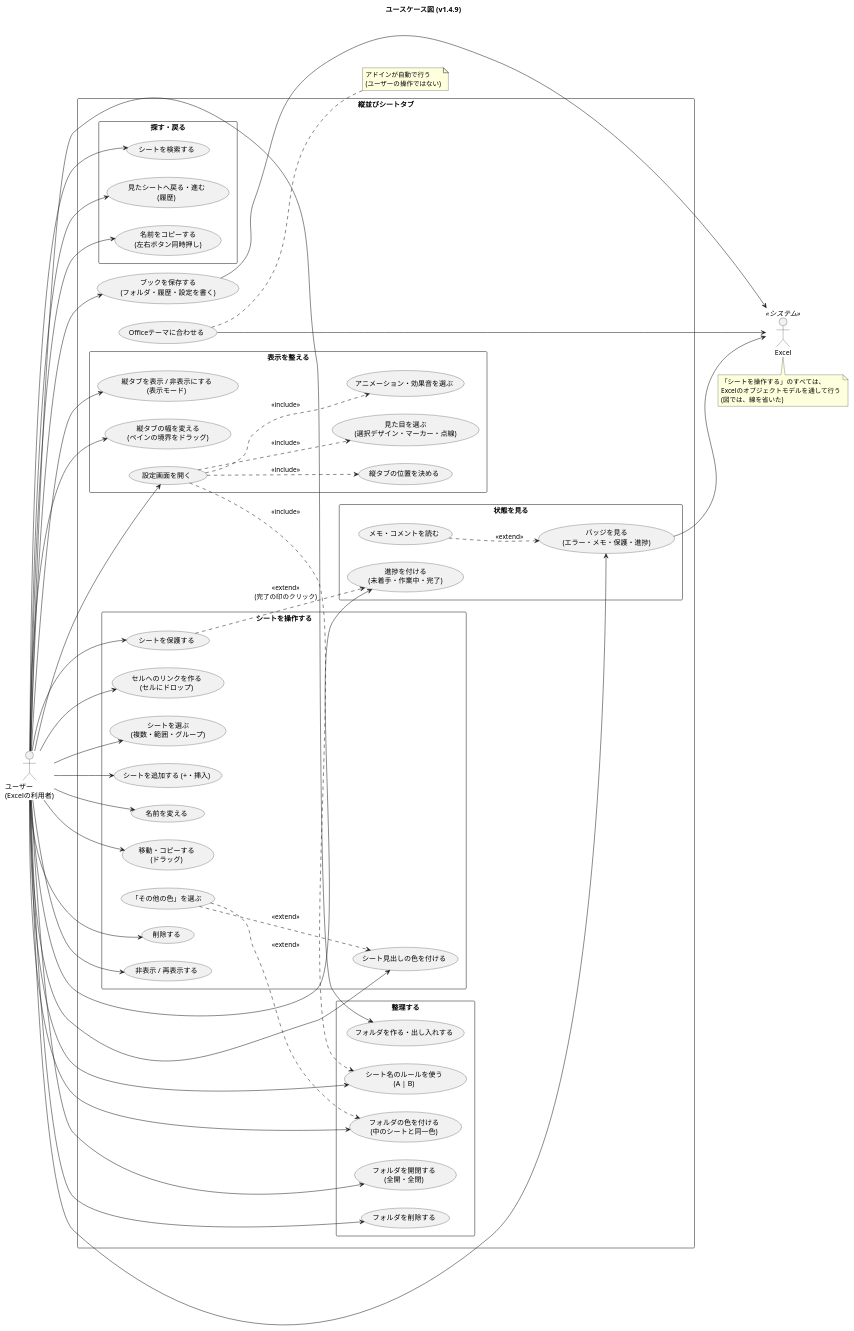
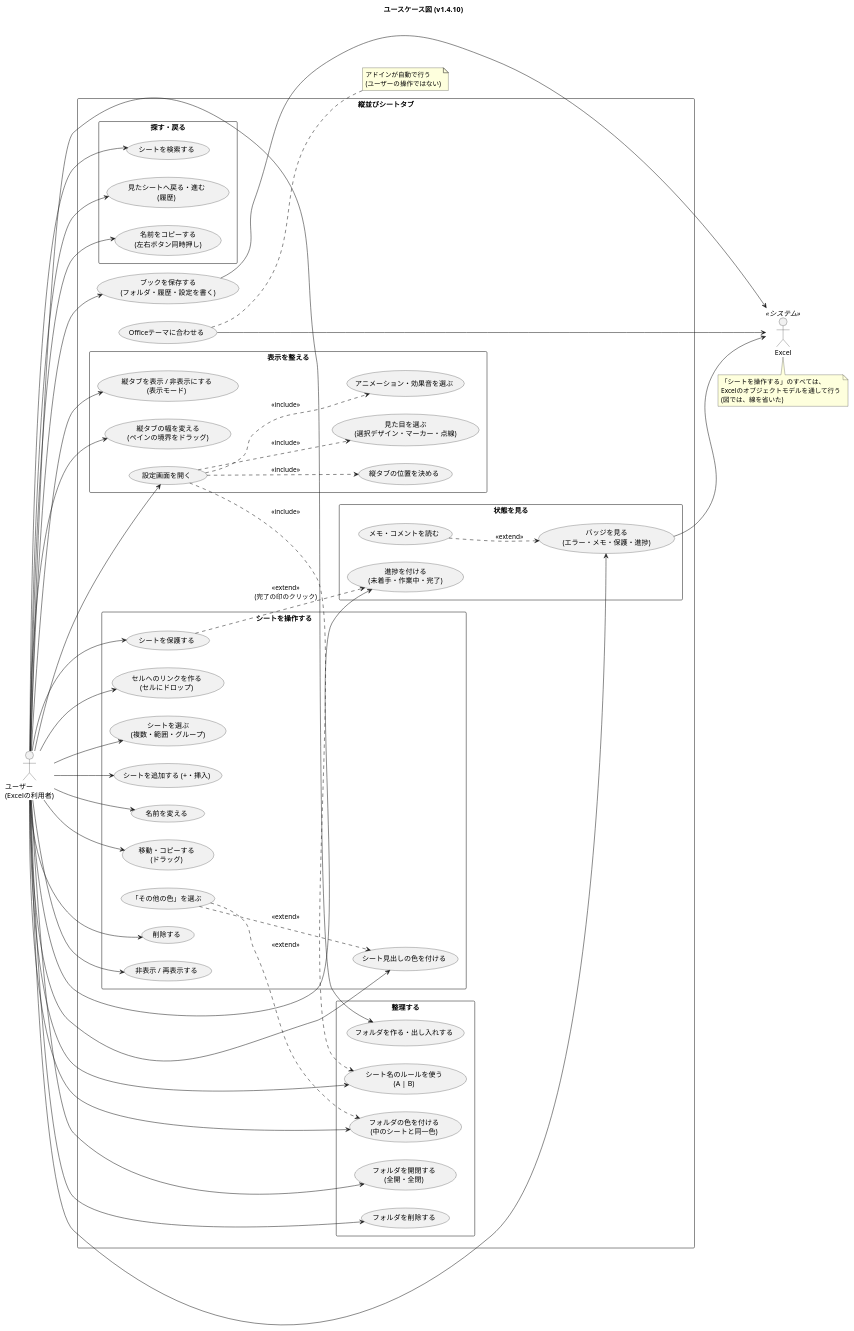
One commit to nk-taka623/VerticalSheetTabs changed the diagram in docs/usecase.puml. Above: the diagram before and after it, drawn with PlantUML. The commit also changed 14 other files, not shown here.

Commit message:
v1.4.10 にする (バージョン、README の変更点、Agents.md、図)

```diff
--- a/docs/usecase.puml
+++ b/docs/usecase.puml
@@ -1,105 +1,105 @@
 @startuml
-title ユースケース図 (v1.4.9)
+title ユースケース図 (v1.4.10)
 left to right direction
 skinparam shadowing false
 skinparam packageStyle rectangle
 
 actor "ユーザー\n(Excelの利用者)" as U
 actor "Excel" as XL <<システム>>
 
 rectangle "縦並びシートタブ" {
 
   package "シートを操作する" {
     usecase "シートを選ぶ\n(複数・範囲・グループ)" as UC_SEL
     usecase "シートを追加する (+・挿入)" as UC_ADD
     usecase "名前を変える" as UC_REN
     usecase "移動・コピーする\n(ドラッグ)" as UC_MOVE
     usecase "削除する" as UC_DEL
     usecase "非表示 / 再表示する" as UC_HIDE
     usecase "シート見出しの色を付ける" as UC_COLOR
     usecase "「その他の色」を選ぶ" as UC_MORE
     usecase "シートを保護する" as UC_PROT
     usecase "セルへのリンクを作る\n(セルにドロップ)" as UC_LINK
   }
 
   package "整理する" {
     usecase "フォルダを作る・出し入れする" as UC_FOLDER
     usecase "フォルダを開閉する\n(全開・全閉)" as UC_TOGGLE
     usecase "フォルダの色を付ける\n(中のシートと同一色)" as UC_FCOLOR
     usecase "フォルダを削除する" as UC_FDEL
     usecase "シート名のルールを使う\n(A | B)" as UC_RULE
   }
 
   package "探す・戻る" {
     usecase "シートを検索する" as UC_SEARCH
     usecase "見たシートへ戻る・進む\n(履歴)" as UC_HIST
     usecase "名前をコピーする\n(左右ボタン同時押し)" as UC_COPY
   }
 
   package "状態を見る" {
     usecase "バッジを見る\n(エラー・メモ・保護・進捗)" as UC_BADGE
     usecase "メモ・コメントを読む" as UC_MEMO
     usecase "進捗を付ける\n(未着手・作業中・完了)" as UC_PROG
   }
 
   package "表示を整える" {
     usecase "縦タブを表示 / 非表示にする\n(表示モード)" as UC_MODE
     usecase "縦タブの位置を決める" as UC_SIDE
     usecase "縦タブの幅を変える\n(ペインの境界をドラッグ)" as UC_WIDTH
     usecase "設定画面を開く" as UC_SET
     usecase "見た目を選ぶ\n(選択デザイン・マーカー・点線)" as UC_LOOK
     usecase "アニメーション・効果音を選ぶ" as UC_ANIM
   }
 
   usecase "ブックを保存する\n(フォルダ・履歴・設定を書く)" as UC_SAVE
   usecase "Officeテーマに合わせる" as UC_THEME
 }
 
 U --> UC_SEL
 U --> UC_ADD
 U --> UC_REN
 U --> UC_MOVE
 U --> UC_DEL
 U --> UC_HIDE
 U --> UC_COLOR
 U --> UC_PROT
 U --> UC_LINK
 U --> UC_FOLDER
 U --> UC_TOGGLE
 U --> UC_FCOLOR
 U --> UC_FDEL
 U --> UC_RULE
 U --> UC_SEARCH
 U --> UC_HIST
 U --> UC_COPY
 U --> UC_BADGE
 U --> UC_PROG
 U --> UC_MODE
 U --> UC_WIDTH
 U --> UC_SET
 U --> UC_SAVE
 
 UC_MORE ..> UC_COLOR : <<extend>>
 UC_MORE ..> UC_FCOLOR : <<extend>>
 UC_MEMO ..> UC_BADGE : <<extend>>
 UC_PROT ..> UC_PROG : <<extend>>\n(完了の印のクリック)
 UC_SET ..> UC_SIDE : <<include>>
 UC_SET ..> UC_LOOK : <<include>>
 UC_SET ..> UC_ANIM : <<include>>
 UC_SET ..> UC_RULE : <<include>>
 
 UC_SAVE --> XL
 UC_THEME --> XL
 UC_BADGE --> XL
 
 note bottom of XL
   「シートを操作する」のすべては、
   Excelのオブジェクトモデルを通して行う
   (図では、線を省いた)
 end note
 
 note right of UC_THEME
   アドインが自動で行う
   (ユーザーの操作ではない)
 end note
 @enduml
```
